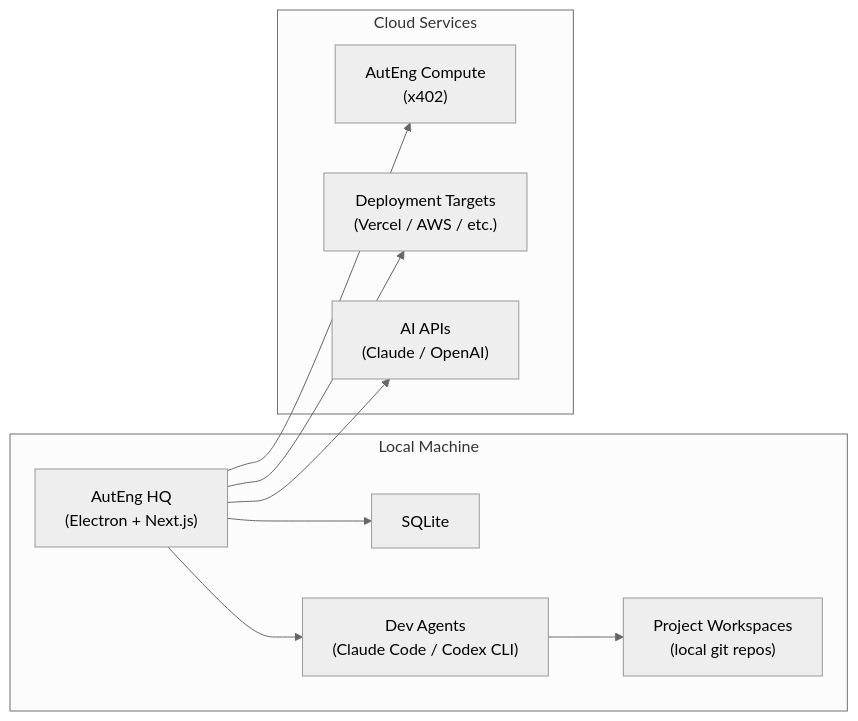
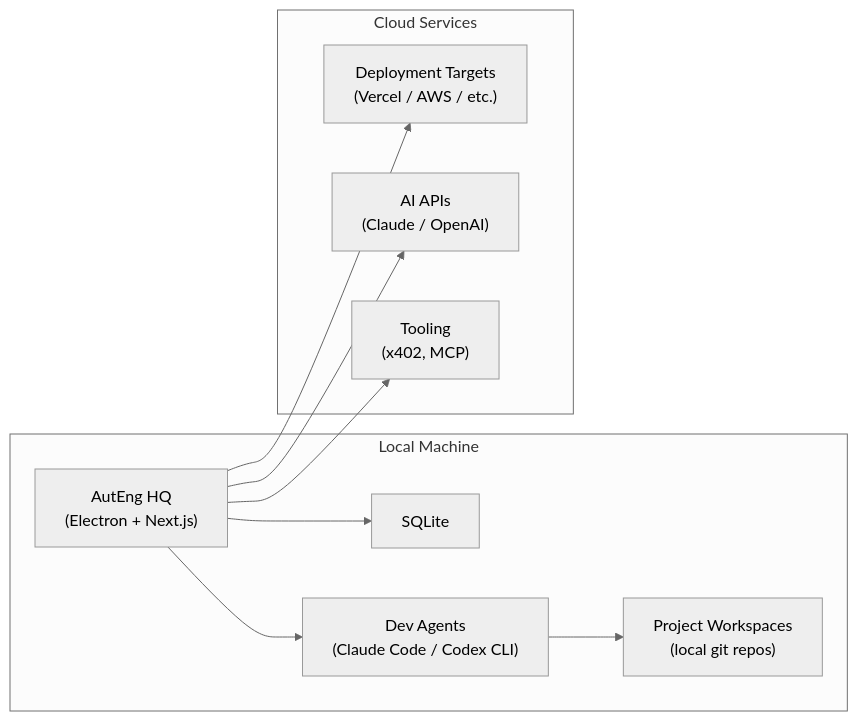
The first of 4 diagrams in docs/ARCH.md (operator-auteng-ai/hq), drawn with Mermaid (neutral theme) before and after one commit. The commit also changed other lines of this file and 2 other files, not shown here.

Commit message:
tighten integrations

````diff
--- a/docs/ARCH.md
+++ b/docs/ARCH.md
@@ -11,22 +11,22 @@
 ```mermaid
 graph LR
     subgraph Local["Local Machine"]
         HQ["AutEng HQ<br/>(Electron + Next.js)"]
         DB["SQLite"]
         Agents["Dev Agents<br/>(Claude Code / Codex CLI)"]
         Projects["Project Workspaces<br/>(local git repos)"]
     end
 
     subgraph Cloud["Cloud Services"]
-        AutEng["AutEng Compute<br/>(x402)"]
         Deploy["Deployment Targets<br/>(Vercel / AWS / etc.)"]
         AI["AI APIs<br/>(Claude / OpenAI)"]
+        AutEng["Tooling<br/>(x402, MCP)"]
     end
 
     HQ --> DB
     HQ --> Agents
     HQ --> AutEng
     HQ --> Deploy
     HQ --> AI
     Agents --> Projects
 ```
````
